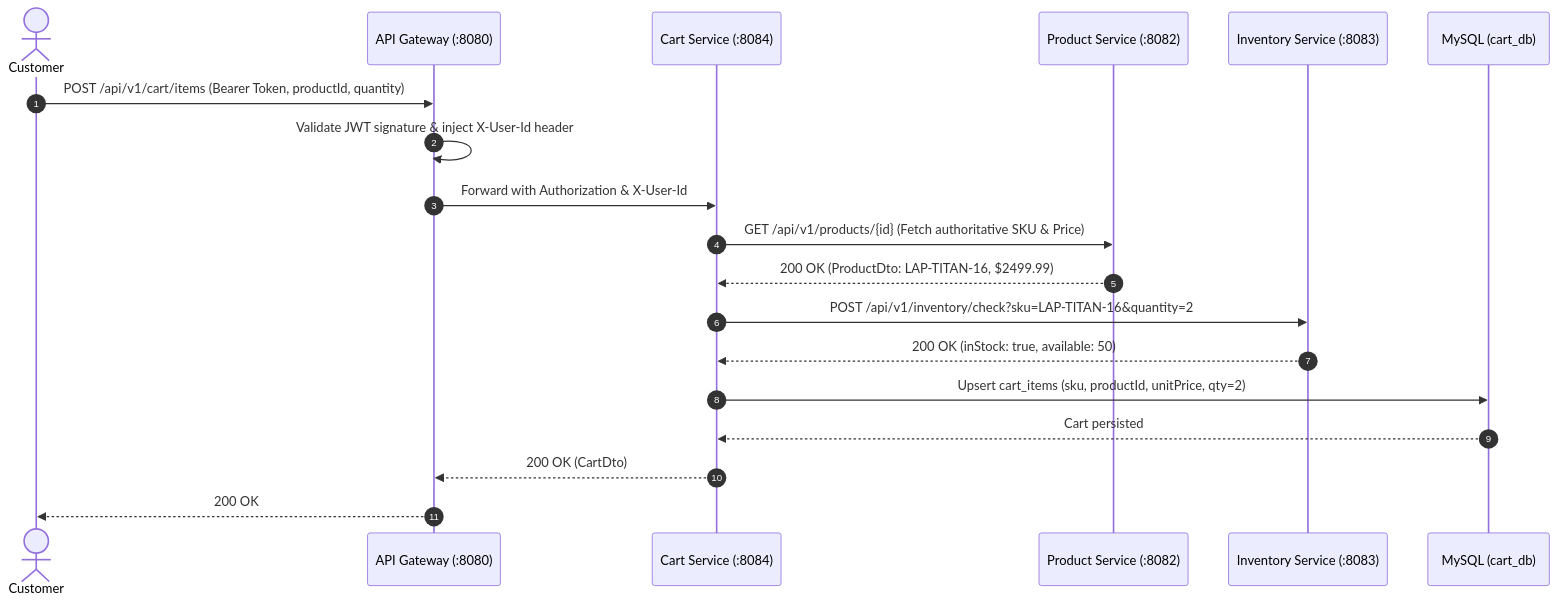
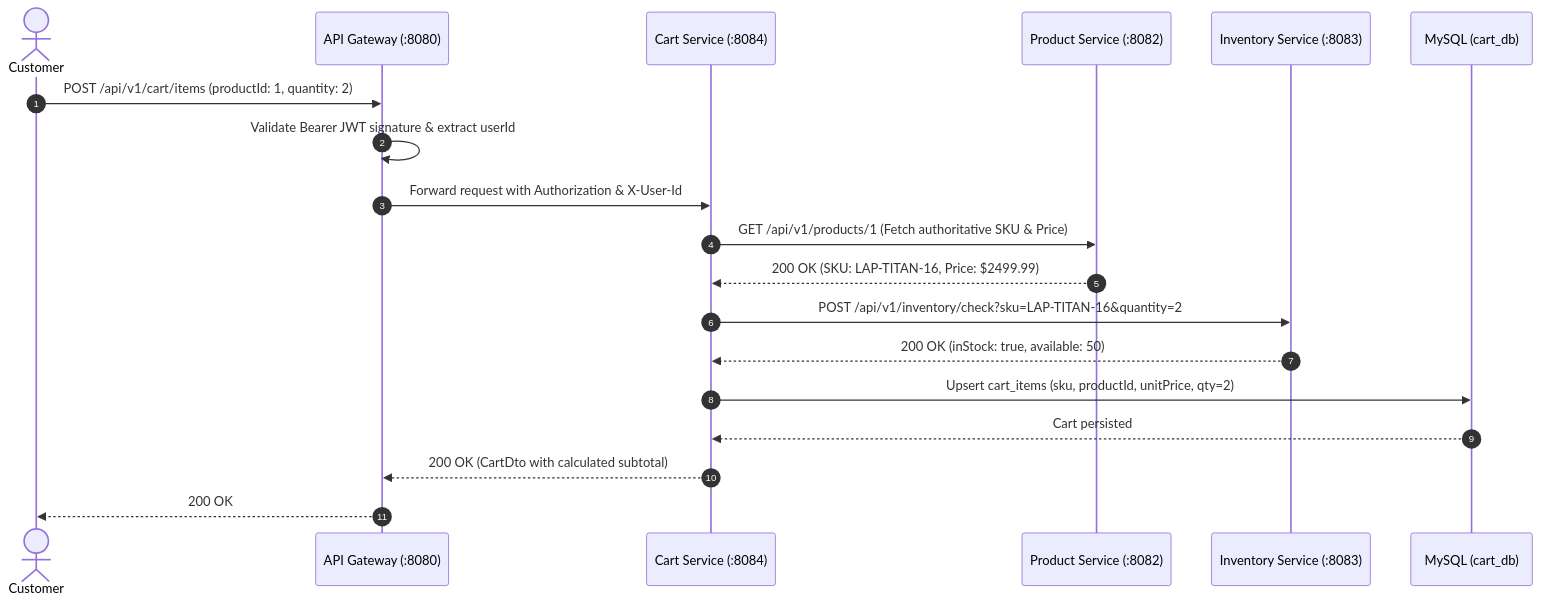
Before and after one commit to AyushGupta04/novatech-microservices-platform: the fourth of 6 diagrams in COMPLETE_FLOW_GUIDE.md, drawn with Mermaid. The commit also changed other lines of this file and 1 other file, not shown here.

````diff
--- a/COMPLETE_FLOW_GUIDE.md
+++ b/COMPLETE_FLOW_GUIDE.md
@@ -140,22 +195,22 @@
 ```mermaid
 sequenceDiagram
     autonumber
     actor Customer
     participant Gateway as API Gateway (:8080)
     participant Cart as Cart Service (:8084)
     participant Product as Product Service (:8082)
     participant Inventory as Inventory Service (:8083)
     participant DB as MySQL (cart_db)
 
-    Customer->>Gateway: POST /api/v1/cart/items (Bearer Token, productId, quantity)
-    Gateway->>Gateway: Validate JWT signature & inject X-User-Id header
-    Gateway->>Cart: Forward with Authorization & X-User-Id
-    Cart->>Product: GET /api/v1/products/{id} (Fetch authoritative SKU & Price)
-    Product-->>Cart: 200 OK (ProductDto: LAP-TITAN-16, $2499.99)
+    Customer->>Gateway: POST /api/v1/cart/items (productId: 1, quantity: 2)
+    Gateway->>Gateway: Validate Bearer JWT signature & extract userId
+    Gateway->>Cart: Forward request with Authorization & X-User-Id
+    Cart->>Product: GET /api/v1/products/1 (Fetch authoritative SKU & Price)
+    Product-->>Cart: 200 OK (SKU: LAP-TITAN-16, Price: $2499.99)
     Cart->>Inventory: POST /api/v1/inventory/check?sku=LAP-TITAN-16&quantity=2
     Inventory-->>Cart: 200 OK (inStock: true, available: 50)
     Cart->>DB: Upsert cart_items (sku, productId, unitPrice, qty=2)
     DB-->>Cart: Cart persisted
-    Cart-->>Gateway: 200 OK (CartDto)
+    Cart-->>Gateway: 200 OK (CartDto with calculated subtotal)
     Gateway-->>Customer: 200 OK
 ```
````
